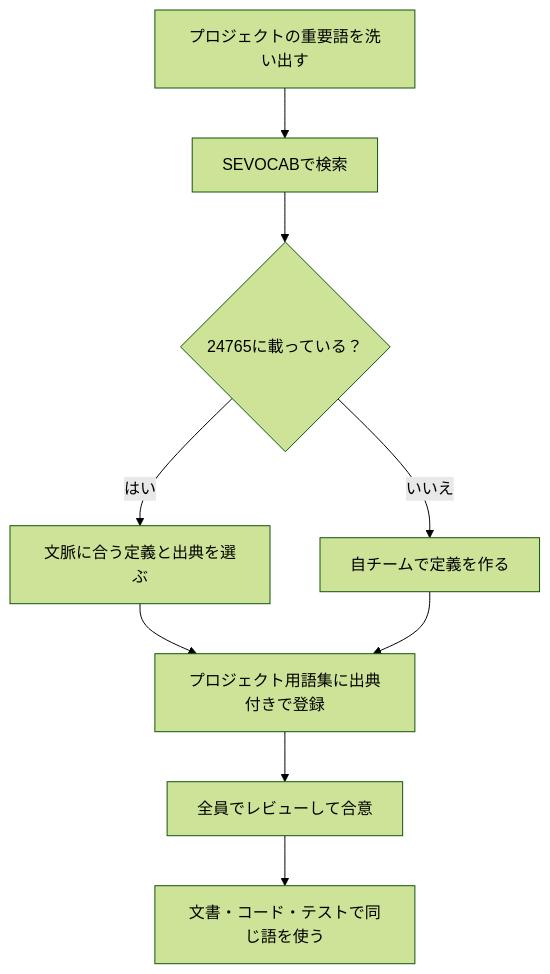
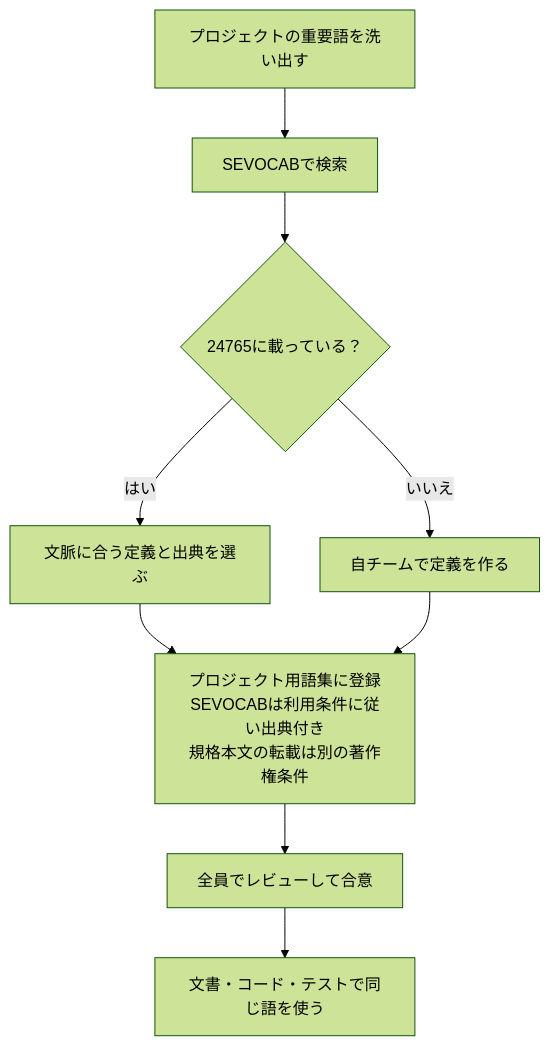
One commit to myoshi2891/Quality-Assurance-Studies changed the tenth of 13 diagrams in Iso-iec-ieee-24765-2017-guide.md. Above: the diagram before and after it, drawn with Mermaid (forest theme). The commit also changed other lines of this file, not shown here.

````diff
--- a/Iso-iec-ieee-24765-2017-guide.md
+++ b/Iso-iec-ieee-24765-2017-guide.md
@@ -346,11 +346,11 @@
 ```mermaid
 flowchart TB
     A["プロジェクトの重要語を洗い出す"] --> B["SEVOCABで検索"]
     B --> C{"24765に載っている？"}
     C -->|"はい"| D["文脈に合う定義と出典を選ぶ"]
     C -->|"いいえ"| E["自チームで定義を作る"]
-    D --> F["プロジェクト用語集に出典付きで登録"]
+    D --> F["プロジェクト用語集に登録<br/>SEVOCABは利用条件に従い出典付き<br/>規格本文の転載は別の著作権条件"]
     E --> F
     F --> G["全員でレビューして合意"]
     G --> H["文書・コード・テストで同じ語を使う"]
 ```
````
